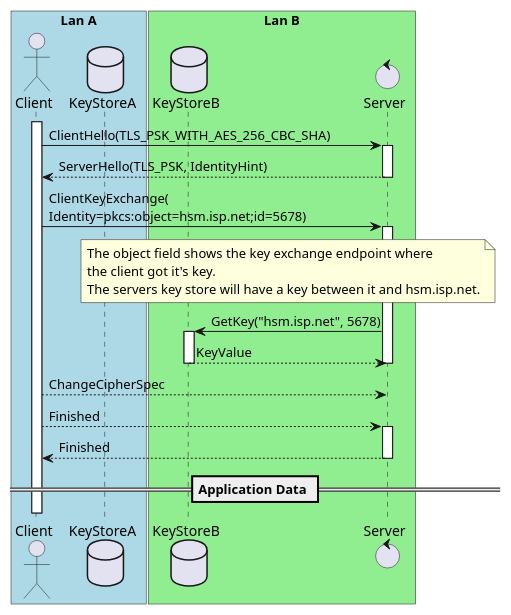
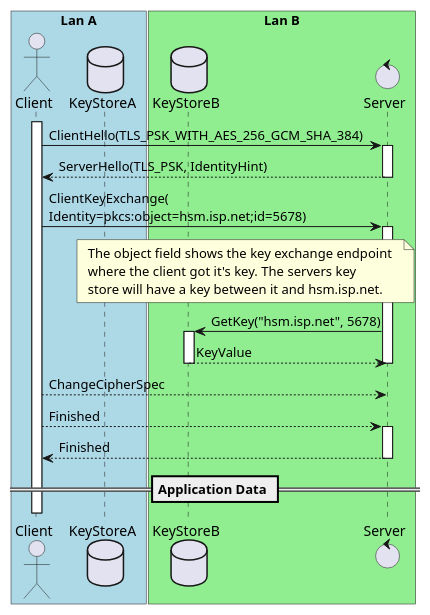
Before and after one commit to Open-QKD-Network/cqptoolkit: the diagram in TLS.md, drawn with PlantUML. The commit also changed 1 other file, not shown here.

Commit message:
documentation

```diff
--- a/TLS.md
+++ b/TLS.md
@@ -7,41 +7,41 @@
 @startuml
 
     box "Lan A" #LightBlue
     actor Client as cl
     database KeyStoreA as ksa
     end box
 
     box "Lan B" #LightGreen
     database KeyStoreB as ksb
     control Server as srv
     end box
 
     activate cl
 
-    cl -> srv : ClientHello(TLS_PSK_WITH_AES_256_CBC_SHA)
+    cl -> srv : ClientHello(TLS_PSK_WITH_AES_256_GCM_SHA_384)
     activate srv
     cl <-- srv : ServerHello(TLS_PSK, IdentityHint)
     deactivate srv
     cl -> srv : ClientKeyExchange(\nIdentity=pkcs:object=hsm.isp.net;id=5678)
-    note over ksb, srv
-        The object field shows the key exchange endpoint where
-        the client got it's key.
-        The servers key store will have a key between it and hsm.isp.net.
+    note over ksa, srv
+        The object field shows the key exchange endpoint 
+        where the client got it's key. The servers key 
+        store will have a key between it and hsm.isp.net.
     end note
 
     activate srv
     srv -> ksb : GetKey("hsm.isp.net", 5678)
     activate ksb
     srv <-- ksb : KeyValue
     deactivate ksb
     deactivate srv
 
     cl --> srv : ChangeCipherSpec
     cl --> srv : Finished
     activate srv
     cl <-- srv : Finished
     deactivate srv
 
     == Application Data ==
 
 @enduml
```
